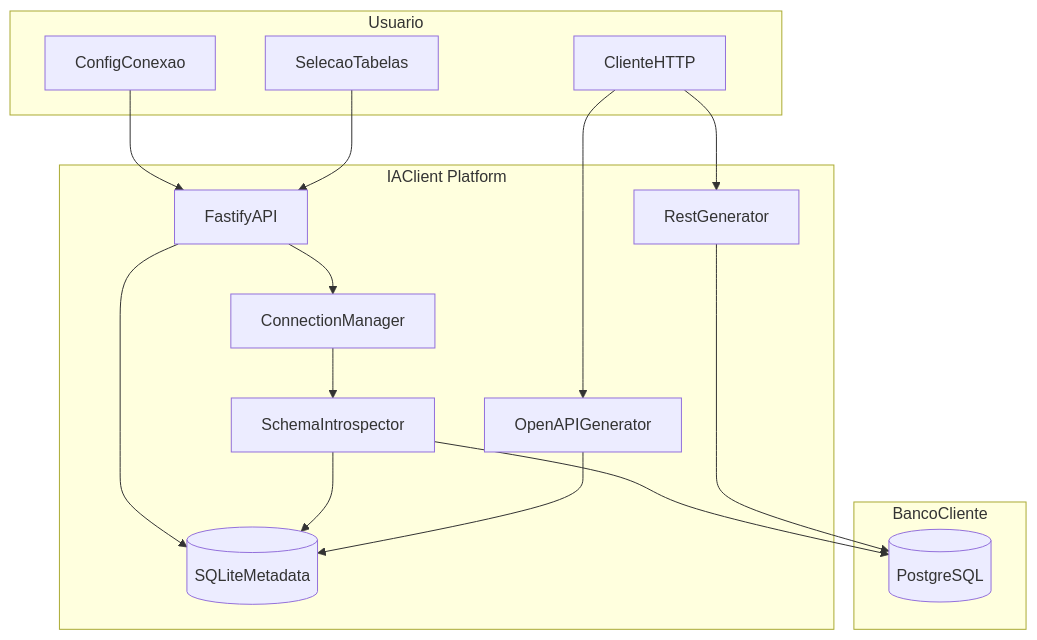
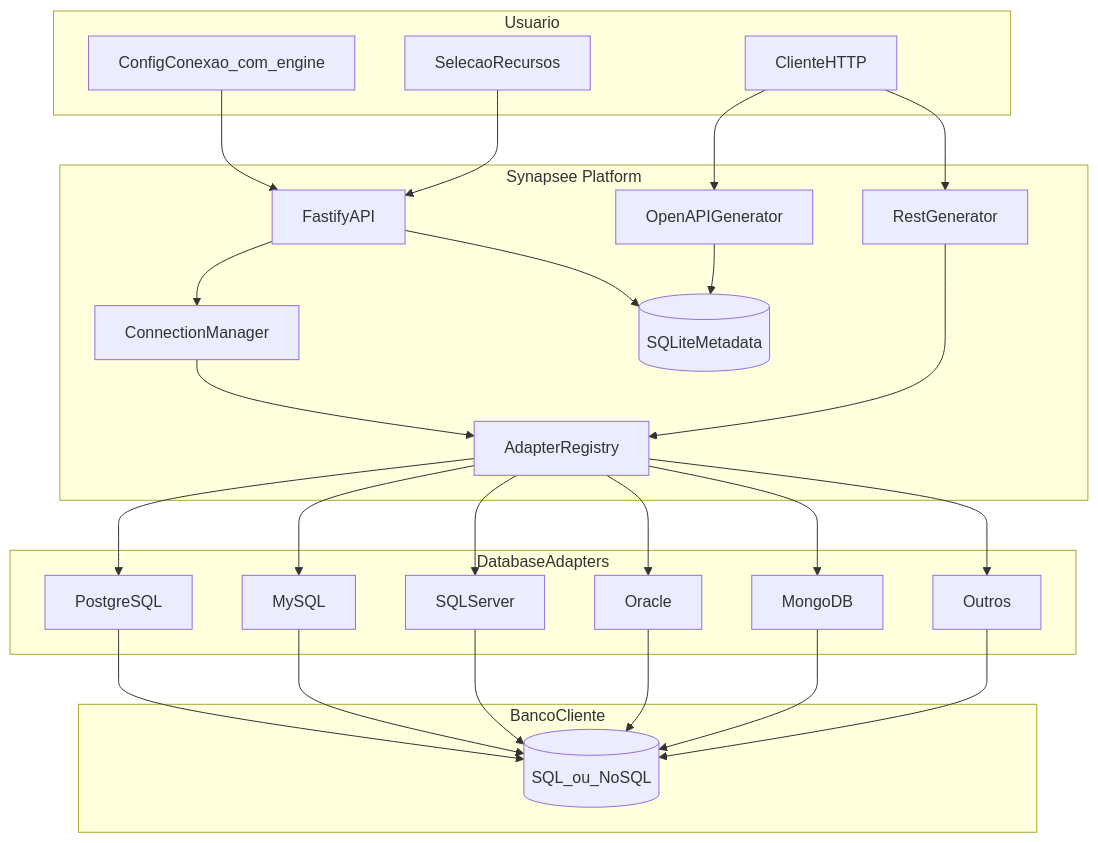
Before and after one commit to zmallApi/syn-ladingpage: the first of 3 diagrams in docs/PLAN.md, drawn with Mermaid. The commit also changed other lines of this file and 123 other files, not shown here.

First line of the commit message:
Ship Synapsee Edge, admin/API monorepo, and repositioned landing.

````diff
--- a/docs/PLAN.md
+++ b/docs/PLAN.md
@@ -16,33 +19,52 @@
 ```mermaid
 flowchart TB
     subgraph userLayer [Usuario]
-        ConfigForm[ConfigConexao]
-        TableSelect[SelecaoTabelas]
+        ConfigForm[ConfigConexao_com_engine]
+        ResourceSelect[SelecaoRecursos]
         Client[ClienteHTTP]
     end
 
-    subgraph platform [IAClient Platform]
+    subgraph platform [Synapsee Platform]
         API[FastifyAPI]
         ConnMgr[ConnectionManager]
-        Introspector[SchemaIntrospector]
+        Registry[AdapterRegistry]
         GenREST[RestGenerator]
         GenOpenAPI[OpenAPIGenerator]
         MetaStore[(SQLiteMetadata)]
     end
 
+    subgraph adapters [DatabaseAdapters]
+        PgAdapter[PostgreSQL]
+        MysqlAdapter[MySQL]
+        MssqlAdapter[SQLServer]
+        OracleAdapter[Oracle]
+        MongoAdapter[MongoDB]
+        MoreAdapters[Outros]
+    end
+
     subgraph target [BancoCliente]
-        PG[(PostgreSQL)]
+        ClientDB[(SQL_ou_NoSQL)]
     end
 
     ConfigForm --> API
-    TableSelect --> API
+    ResourceSelect --> API
     Client --> GenREST
     API --> ConnMgr
     API --> MetaStore
-    ConnMgr --> Introspector
-    Introspector --> PG
-    Introspector --> MetaStore
-    GenREST --> PG
+    ConnMgr --> Registry
+    Registry --> PgAdapter
+    Registry --> MysqlAdapter
+    Registry --> MssqlAdapter
+    Registry --> OracleAdapter
+    Registry --> MongoAdapter
+    Registry --> MoreAdapters
+    PgAdapter --> ClientDB
+    MysqlAdapter --> ClientDB
+    MssqlAdapter --> ClientDB
+    OracleAdapter --> ClientDB
+    MongoAdapter --> ClientDB
+    MoreAdapters --> ClientDB
+    GenREST --> Registry
     GenOpenAPI --> MetaStore
     Client --> GenOpenAPI
 ```
````
